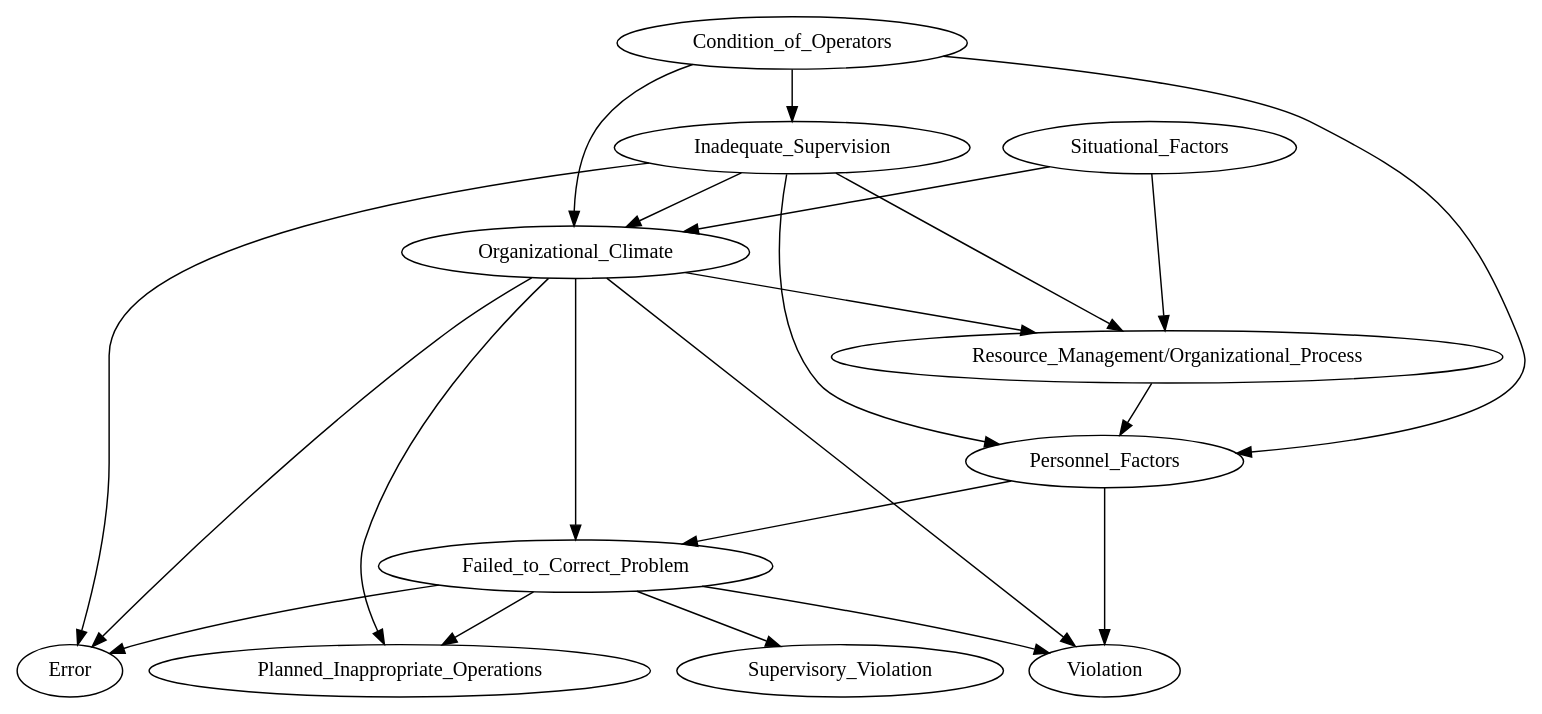
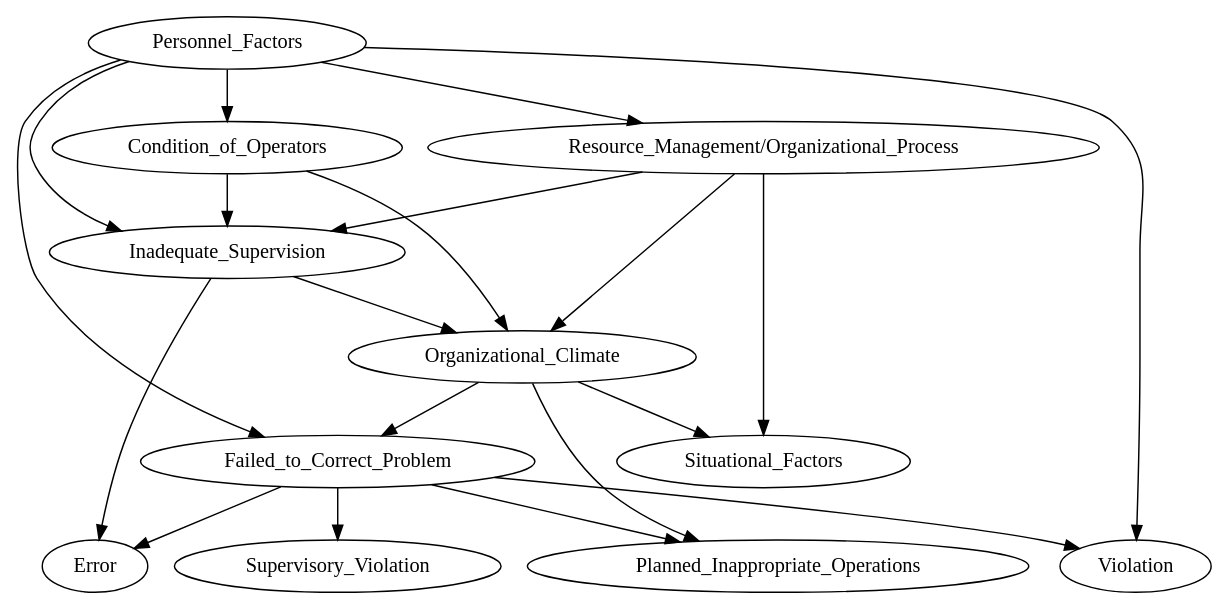
One commit to elaheoveisi/llm-hfacs changed the diagram in data/processed/learned_dag.dot. Above: the diagram before and after it, drawn with Graphviz. The commit also changed 10 other files, not shown here.

```diff
--- a/data/processed/learned_dag.dot
+++ b/data/processed/learned_dag.dot
@@ -1,34 +1,32 @@
 strict digraph {
 Error;
 Violation;
 Situational_Factors;
 Personnel_Factors;
 Condition_of_Operators;
 Inadequate_Supervision;
 Failed_to_Correct_Problem;
 Planned_Inappropriate_Operations;
 Supervisory_Violation;
 Organizational_Climate;
 "Resource_Management/Organizational_Process";
-Situational_Factors -> Organizational_Climate;
-Situational_Factors -> "Resource_Management/Organizational_Process";
 Personnel_Factors -> Violation;
+Personnel_Factors -> Inadequate_Supervision;
 Personnel_Factors -> Failed_to_Correct_Problem;
-Condition_of_Operators -> Personnel_Factors;
+Personnel_Factors -> Condition_of_Operators;
+Personnel_Factors -> "Resource_Management/Organizational_Process";
 Condition_of_Operators -> Inadequate_Supervision;
 Condition_of_Operators -> Organizational_Climate;
 Inadequate_Supervision -> Error;
-Inadequate_Supervision -> Personnel_Factors;
 Inadequate_Supervision -> Organizational_Climate;
-Inadequate_Supervision -> "Resource_Management/Organizational_Process";
 Failed_to_Correct_Problem -> Error;
+Failed_to_Correct_Problem -> Violation;
 Failed_to_Correct_Problem -> Planned_Inappropriate_Operations;
 Failed_to_Correct_Problem -> Supervisory_Violation;
-Failed_to_Correct_Problem -> Violation;
-Organizational_Climate -> Error;
-Organizational_Climate -> Violation;
+Organizational_Climate -> Situational_Factors;
 Organizational_Climate -> Failed_to_Correct_Problem;
 Organizational_Climate -> Planned_Inappropriate_Operations;
-Organizational_Climate -> "Resource_Management/Organizational_Process";
-"Resource_Management/Organizational_Process" -> Personnel_Factors;
+"Resource_Management/Organizational_Process" -> Situational_Factors;
+"Resource_Management/Organizational_Process" -> Inadequate_Supervision;
+"Resource_Management/Organizational_Process" -> Organizational_Climate;
 }
```
